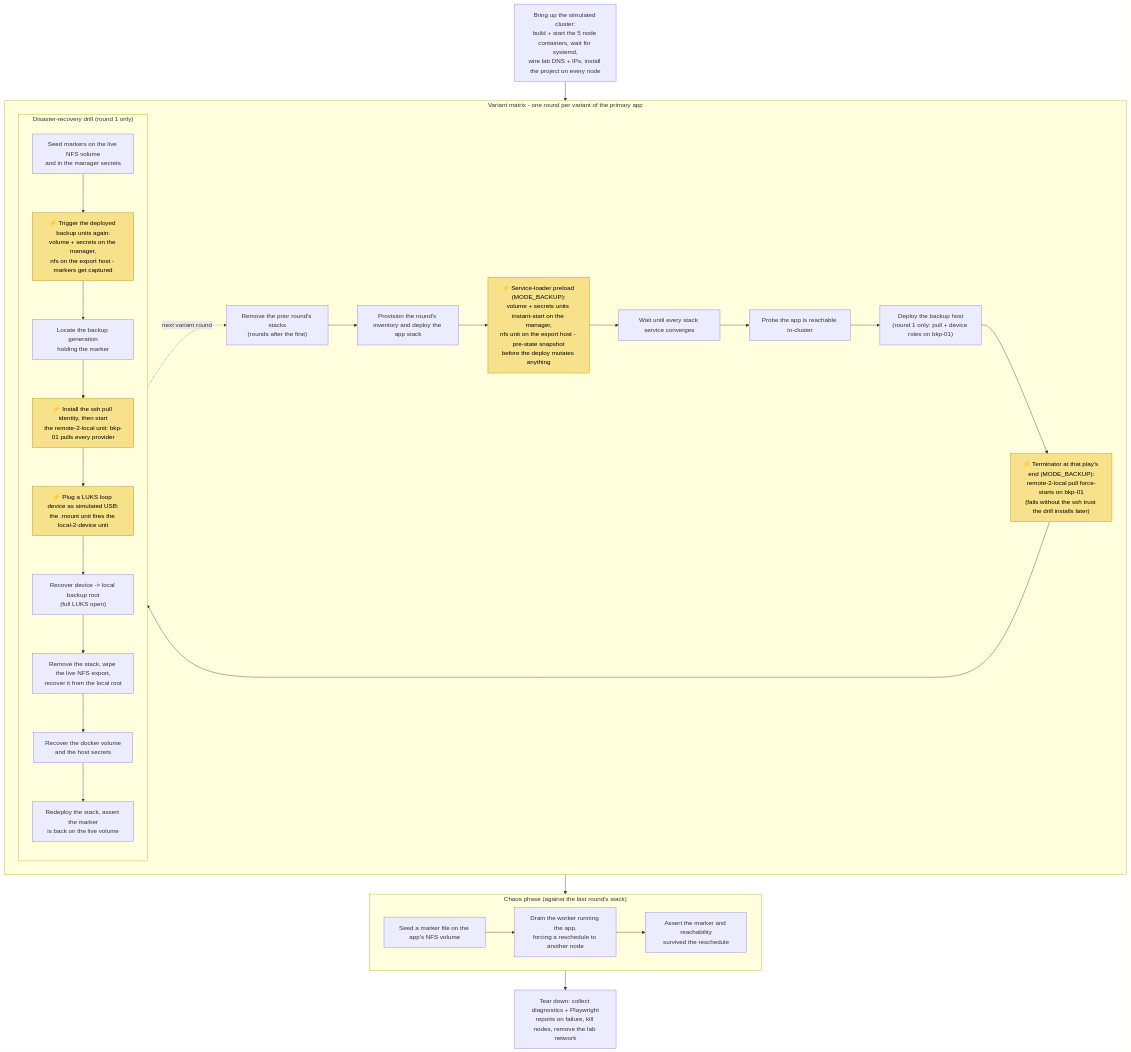
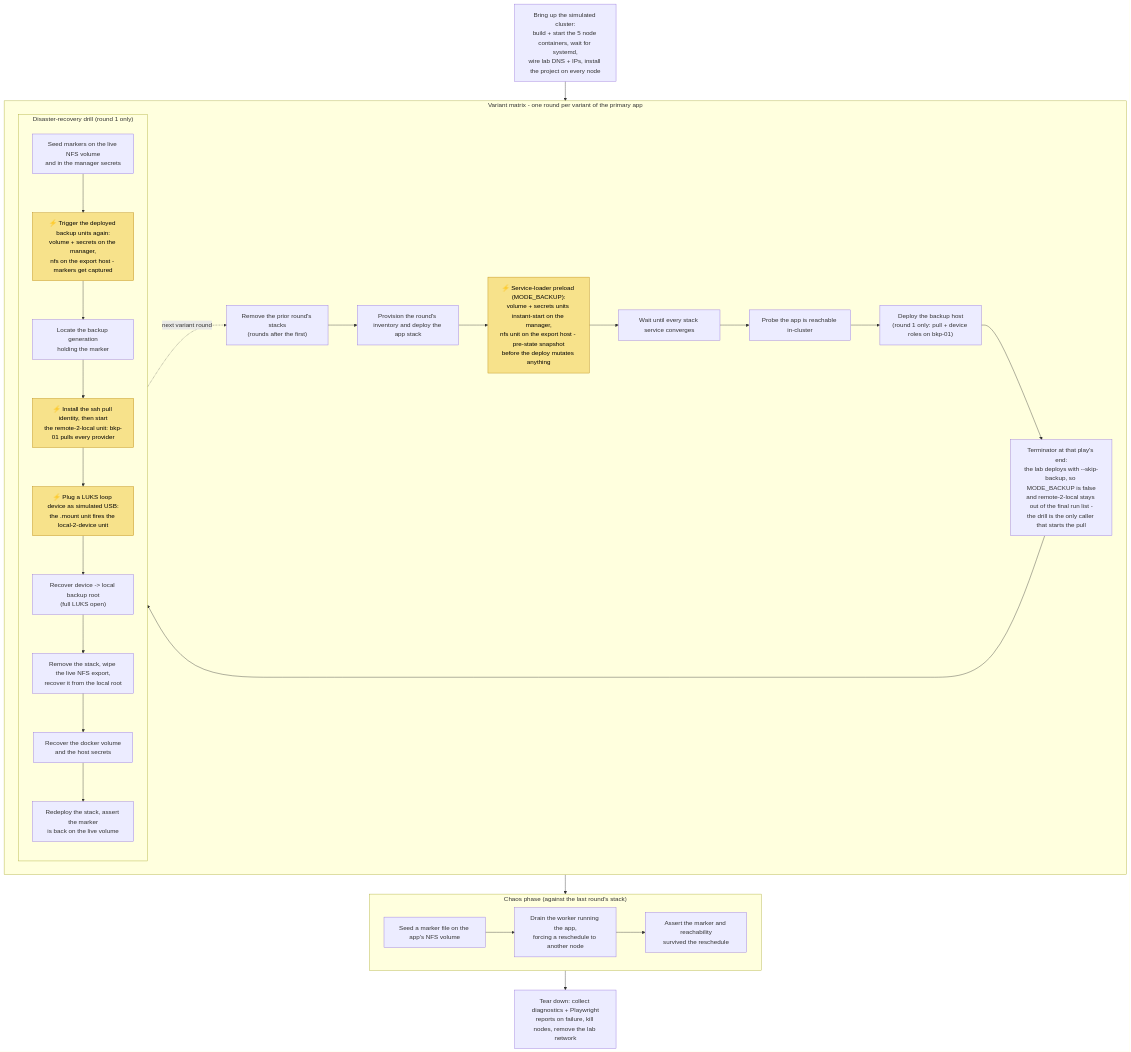
One commit to AlejandroRomanIbanez/infinito-nexus changed the diagram in scripts/tests/deploy/swarm/routine/README.md. Above: the diagram before and after it, drawn with Mermaid.

Commit message:
docs(swarm): the terminator does not start the backup pull in the lab
The routine flowchart marked a terminator-driven remote-2-local start on bkp-01, failing for lack of the ssh trust the drill installs later. Both halves are wrong: the lab deploys the app stack and the backup host with --skip-backup, so MODE_BACKUP is false, svc-bkp-remote-2-local never sets system_service_force_flush_final, and the unit never enters system_service_run_list.

The drill is the only caller that starts the pull. The unit journal of the failed run holds exactly one invocation, at 20:58:30 - one line after 01_ssh_trust.sh installed the key, and that first rsync moved 5.8 GB. A terminator-started pull would have run at ~20:55:4x, before the key existed.

The box also loses its trigger colouring, since nothing fires there.

````diff
--- a/scripts/tests/deploy/swarm/routine/README.md
+++ b/scripts/tests/deploy/swarm/routine/README.md
@@ -11,44 +11,44 @@
 ```mermaid
 flowchart TB
     boot["Bring up the simulated cluster:<br/>build + start the 5 node containers, wait for systemd,<br/>wire lab DNS + IPs, install the project on every node"]
 
     subgraph matrix["Variant matrix - one round per variant of the primary app"]
         purge["Remove the prior round's stacks<br/>(rounds after the first)"]
         prov["Provision the round's inventory and deploy the app stack"]
         t_pre["⚡ Service-loader preload (MODE_BACKUP):<br/>volume + secrets units instant-start on the manager,<br/>nfs unit on the export host - pre-state snapshot<br/>before the deploy mutates anything"]
         conv["Wait until every stack service converges"]
         reach["Probe the app is reachable in-cluster"]
         bkphost["Deploy the backup host<br/>(round 1 only: pull + device roles on bkp-01)"]
-        t_term["⚡ Terminator at that play's end (MODE_BACKUP):<br/>remote-2-local pull force-starts on bkp-01<br/>(fails without the ssh trust the drill installs later)"]
+        t_term["Terminator at that play's end:<br/>the lab deploys with --skip-backup, so MODE_BACKUP is false<br/>and remote-2-local stays out of the final run list -<br/>the drill is the only caller that starts the pull"]
 
         subgraph drill["Disaster-recovery drill (round 1 only)"]
             d1["Seed markers on the live NFS volume<br/>and in the manager secrets"]
             t_d2["⚡ Trigger the deployed backup units again:<br/>volume + secrets on the manager,<br/>nfs on the export host - markers get captured"]
             d3["Locate the backup generation<br/>holding the marker"]
             t_d4["⚡ Install the ssh pull identity, then start<br/>the remote-2-local unit: bkp-01 pulls every provider"]
             t_d5["⚡ Plug a LUKS loop device as simulated USB:<br/>the .mount unit fires the local-2-device unit"]
             d6["Recover device -> local backup root<br/>(full LUKS open)"]
             d7["Remove the stack, wipe the live NFS export,<br/>recover it from the local root"]
             d8["Recover the docker volume<br/>and the host secrets"]
             d9["Redeploy the stack, assert the marker<br/>is back on the live volume"]
             d1 --> t_d2 --> d3 --> t_d4 --> t_d5 --> d6 --> d7 --> d8 --> d9
         end
 
         purge --> prov --> t_pre --> conv --> reach --> bkphost --> t_term --> drill
         drill -.->|next variant round| purge
     end
 
     subgraph chaos["Chaos phase (against the last round's stack)"]
         seed["Seed a marker file on the app's NFS volume"]
         drain["Drain the worker running the app,<br/>forcing a reschedule to another node"]
         assertion["Assert the marker and reachability<br/>survived the reschedule"]
         seed --> drain --> assertion
     end
 
     teardown["Tear down: collect diagnostics + Playwright<br/>reports on failure, kill nodes, remove the lab network"]
 
     boot --> matrix --> chaos --> teardown
 
     classDef trigger fill:#f7e28b,stroke:#b8860b,color:#000
-    class t_pre,t_term,t_d2,t_d4,t_d5 trigger
+    class t_pre,t_d2,t_d4,t_d5 trigger
 ```
````
